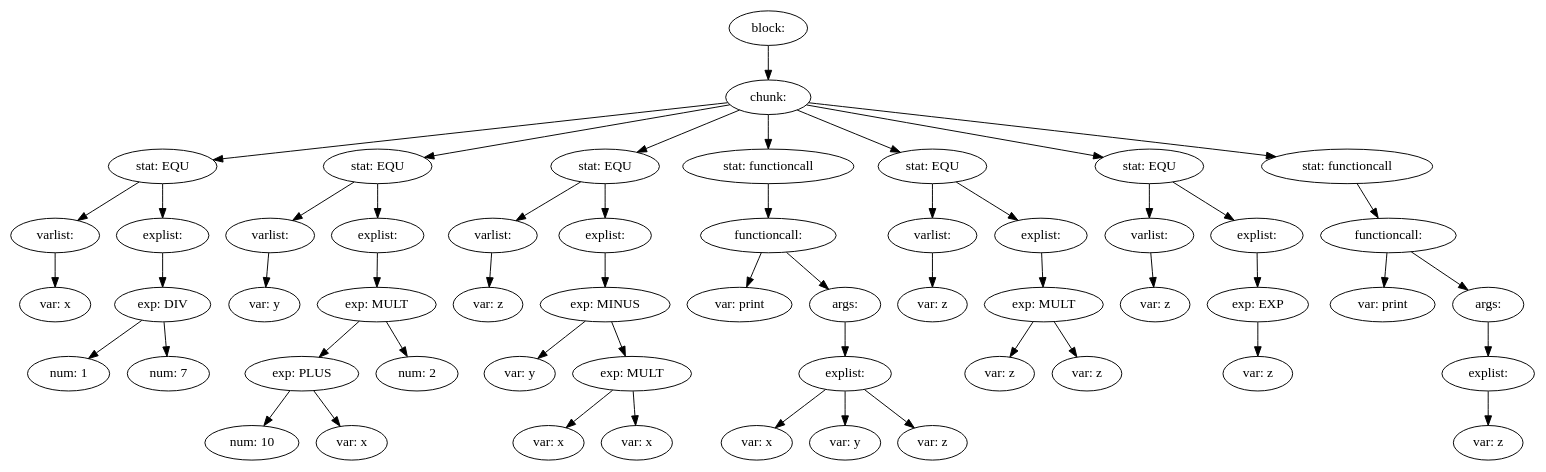
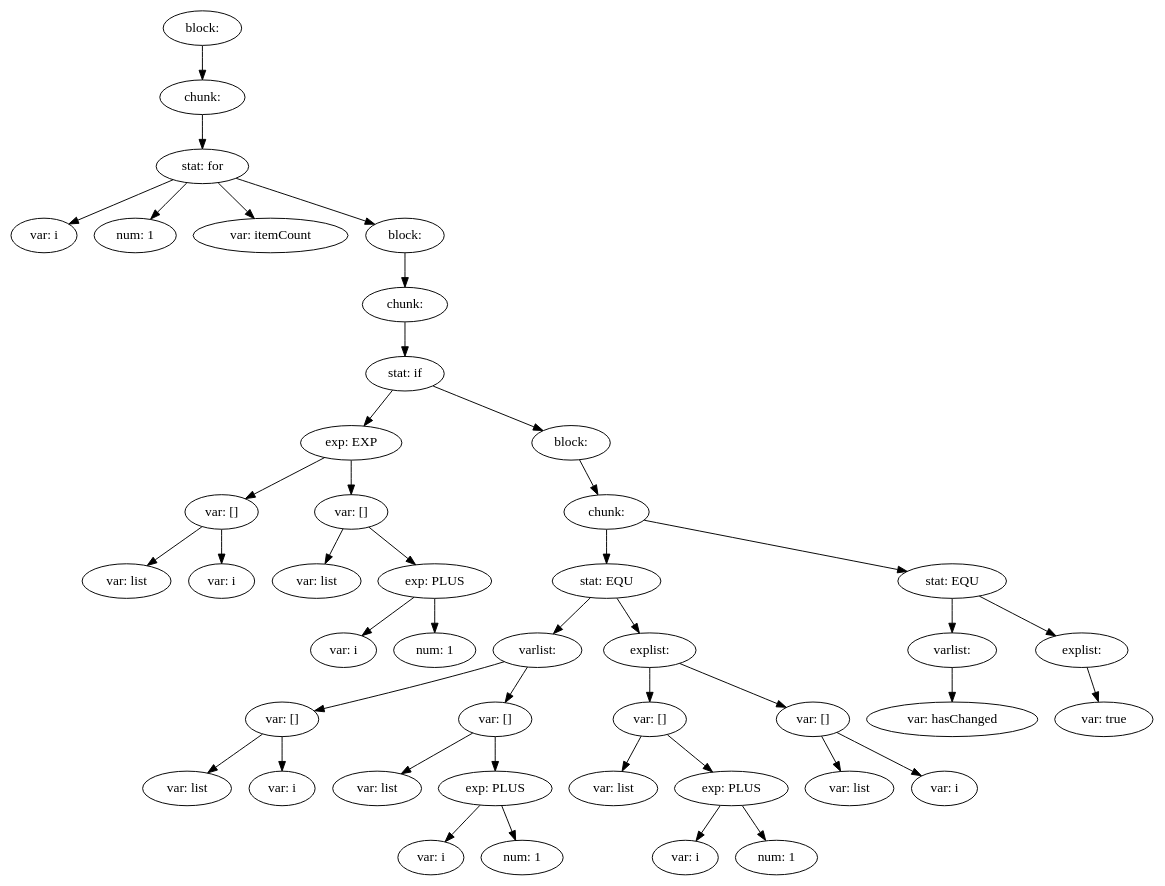
One commit to Inkaru/compiler changed the diagram in ass1-int/source.md. Above: the diagram before and after it, drawn with Graphviz. The commit also changed 9 other files, not shown here.

````diff
--- a/ass1-int/source.md
+++ b/ass1-int/source.md
@@ -1,111 +1,91 @@
 ```graphviz
 digraph {
-53 [label="block: "];
-53 -> 7
-7 [label="chunk: "];
-7 -> 6
-7 -> 16
-7 -> 25
-7 -> 33
-7 -> 40
-7 -> 46
-7 -> 52
-6 [label="stat: EQU"];
-6 -> 1
-6 -> 5
-1 [label="varlist: "];
-1 -> 0
-0 [label="var: x"];
-5 [label="explist: "];
-5 -> 4
-4 [label="exp: DIV"];
+43 [label="block: "];
+43 -> 42
+42 [label="chunk: "];
+42 -> 40
+40 [label="stat: for"];
+40 -> 41
+40 -> 0
+40 -> 1
+40 -> 39
+41 [label="var: i"];
+0 [label="num: 1"];
+1 [label="var: itemCount"];
+39 [label="block: "];
+39 -> 38
+38 [label="chunk: "];
+38 -> 37
+37 [label="stat: if"];
+37 -> 10
+37 -> 36
+10 [label="exp: EXP"];
+10 -> 4
+10 -> 9
+4 [label="var: []"];
 4 -> 2
 4 -> 3
-2 [label="num: 1"];
-3 [label="num: 7"];
-16 [label="stat: EQU"];
-16 -> 9
-16 -> 15
-9 [label="varlist: "];
+2 [label="var: list"];
+3 [label="var: i"];
+9 [label="var: []"];
+9 -> 5
 9 -> 8
-8 [label="var: y"];
-15 [label="explist: "];
-15 -> 14
-14 [label="exp: MULT"];
-14 -> 12
+5 [label="var: list"];
+8 [label="exp: PLUS"];
+8 -> 6
+8 -> 7
+6 [label="var: i"];
+7 [label="num: 1"];
+36 [label="block: "];
+36 -> 30
+30 [label="chunk: "];
+30 -> 29
+30 -> 35
+29 [label="stat: EQU"];
+29 -> 14
+29 -> 25
+14 [label="varlist: "];
 14 -> 13
-12 [label="exp: PLUS"];
-12 -> 10
-12 -> 11
-10 [label="num: 10"];
-11 [label="var: x"];
-13 [label="num: 2"];
-25 [label="stat: EQU"];
-25 -> 18
+14 -> 19
+13 [label="var: []"];
+13 -> 11
+13 -> 12
+11 [label="var: list"];
+12 [label="var: i"];
+19 [label="var: []"];
+19 -> 15
+19 -> 18
+15 [label="var: list"];
+18 [label="exp: PLUS"];
+18 -> 16
+18 -> 17
+16 [label="var: i"];
+17 [label="num: 1"];
+25 [label="explist: "];
 25 -> 24
-18 [label="varlist: "];
-18 -> 17
-17 [label="var: z"];
-24 [label="explist: "];
+25 -> 28
+24 [label="var: []"];
+24 -> 20
 24 -> 23
-23 [label="exp: MINUS"];
-23 -> 19
+20 [label="var: list"];
+23 [label="exp: PLUS"];
+23 -> 21
 23 -> 22
-19 [label="var: y"];
-22 [label="exp: MULT"];
-22 -> 20
-22 -> 21
-20 [label="var: x"];
-21 [label="var: x"];
-33 [label="stat: functioncall"];
-33 -> 32
-32 [label="functioncall: "];
-32 -> 26
+21 [label="var: i"];
+22 [label="num: 1"];
+28 [label="var: []"];
+28 -> 26
+28 -> 27
+26 [label="var: list"];
+27 [label="var: i"];
+35 [label="stat: EQU"];
+35 -> 32
+35 -> 34
+32 [label="varlist: "];
 32 -> 31
-26 [label="var: print"];
-31 [label="args: "];
-31 -> 28
-28 [label="explist: "];
-28 -> 27
-28 -> 29
-28 -> 30
-27 [label="var: x"];
-29 [label="var: y"];
-30 [label="var: z"];
-40 [label="stat: EQU"];
-40 -> 35
-40 -> 39
-35 [label="varlist: "];
-35 -> 34
-34 [label="var: z"];
-39 [label="explist: "];
-39 -> 38
-38 [label="exp: MULT"];
-38 -> 36
-38 -> 37
-36 [label="var: z"];
-37 [label="var: z"];
-46 [label="stat: EQU"];
-46 -> 42
-46 -> 45
-42 [label="varlist: "];
-42 -> 41
-41 [label="var: z"];
-45 [label="explist: "];
-45 -> 44
-44 [label="exp: EXP"];
-44 -> 43
-43 [label="var: z"];
-52 [label="stat: functioncall"];
-52 -> 51
-51 [label="functioncall: "];
-51 -> 47
-51 -> 50
-47 [label="var: print"];
-50 [label="args: "];
-50 -> 49
-49 [label="explist: "];
-49 -> 48
-48 [label="var: z"];
+31 [label="var: hasChanged"];
+34 [label="explist: "];
+34 -> 33
+33 [label="var: true"];
 }
 ```
````
